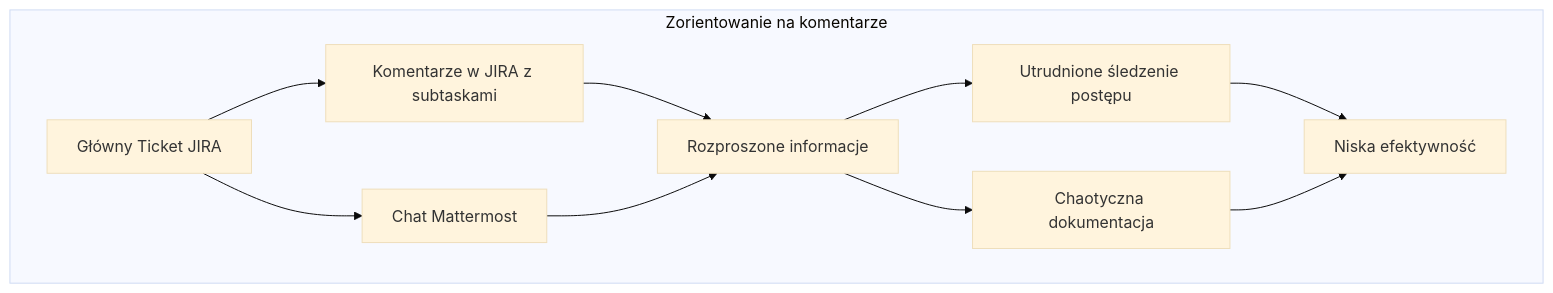
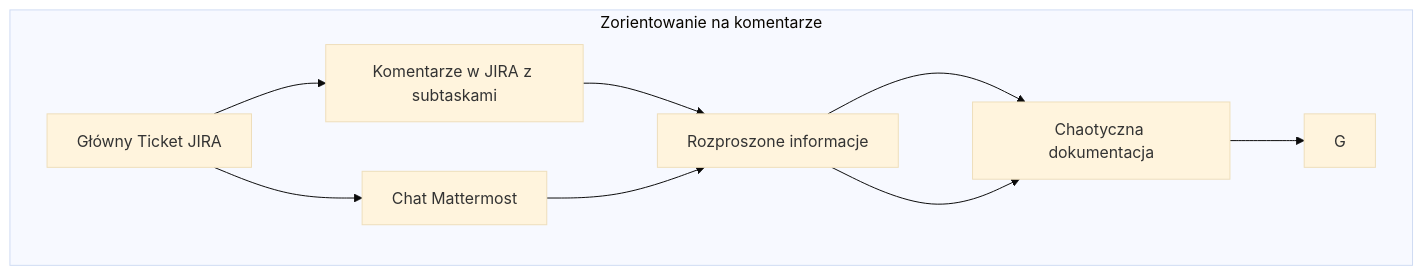
The first of 3 diagrams in README.md (tom-sapletta-com/komunikacja), drawn with Mermaid (base theme) before and after one commit.

````diff
--- a/README.md
+++ b/README.md
@@ -7,13 +7,12 @@
 ```mermaid
 graph TB
     subgraph Zorientowanie na komentarze
         A[Główny Ticket JIRA] --> B[Komentarze w JIRA z subtaskami]
         A --> C[Chat Mattermost]
         B --> D[Rozproszone informacje]
         C --> D
         D --> E[Utrudnione śledzenie postępu]
-        D --> F[Chaotyczna dokumentacja]
-        E --> G[Niska efektywność]
-        F --> G
+        D --> E[Chaotyczna dokumentacja]        
+        E --> G
     end
 ```
````
